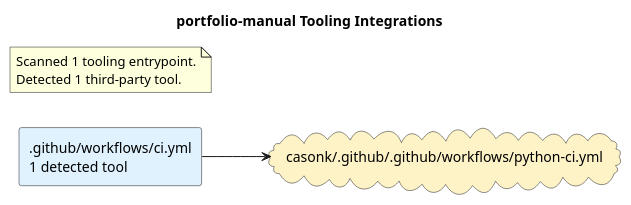
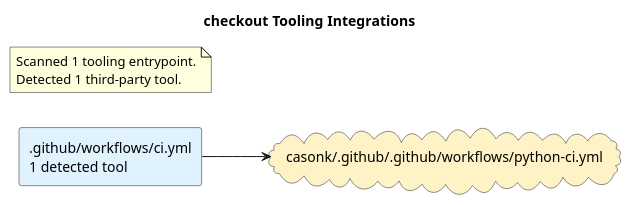
One commit to casonk/portfolio-manual changed the diagram in docs/diagrams/tooling-integrations.puml. Above: the diagram before and after it, drawn with PlantUML. The commit also changed 4 other files, not shown here.

Commit message:
docs: refresh generated architecture diagrams (#7)

```diff
--- a/docs/diagrams/tooling-integrations.puml
+++ b/docs/diagrams/tooling-integrations.puml
@@ -1,15 +1,15 @@
 @startuml
-title portfolio-manual Tooling Integrations
+title checkout Tooling Integrations
 left to right direction
 skinparam shadowing false
 skinparam defaultFontName Monospace
 skinparam componentStyle rectangle
 skinparam linetype ortho
 rectangle ".github/workflows/ci.yml\n1 detected tool" as source_github_workflows_ci_yml #E0F2FE
 cloud "casonk/.github/.github/workflows/python-ci.yml" as tool_casonk_github_github_workflows_python_ci_yml #FEF3C7
 source_github_workflows_ci_yml --> tool_casonk_github_github_workflows_python_ci_yml
 note as toolingGraphSummary
 Scanned 1 tooling entrypoint.
 Detected 1 third-party tool.
 end note
 @enduml
```
